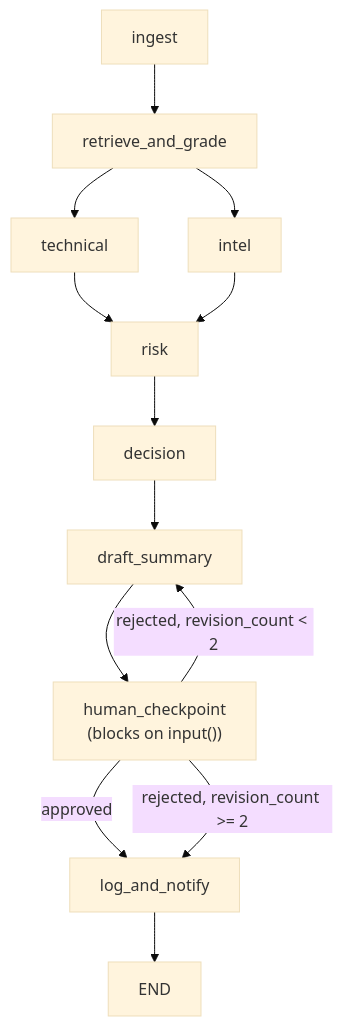
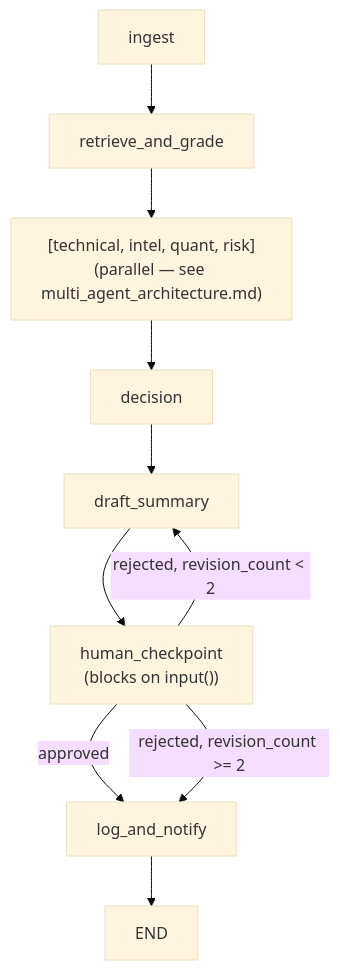
Before and after one commit to Rae-ymr/daily_stock_agent: the first of 2 diagrams in docs/human_checkpoint_flow.md, drawn with Mermaid (base theme). The commit also changed other lines of this file and 3 other files, not shown here.

````diff
--- a/docs/human_checkpoint_flow.md
+++ b/docs/human_checkpoint_flow.md
@@ -15,15 +15,12 @@
 ```mermaid
 flowchart TD
     A[ingest] --> B[retrieve_and_grade]
-    B --> T[technical]
-    B --> I[intel]
-    T --> R[risk]
-    I --> R
-    R --> DEC[decision]
+    B --> M["[technical, intel, quant, risk]\n(parallel — see multi_agent_architecture.md)"]
+    M --> DEC[decision]
     DEC --> D[draft_summary]
     D --> E["human_checkpoint\n(blocks on input())"]
     E -->|approved| F[log_and_notify]
     E -->|rejected, revision_count < 2| D
     E -->|rejected, revision_count >= 2| F
     F --> G[END]
 ```
````
